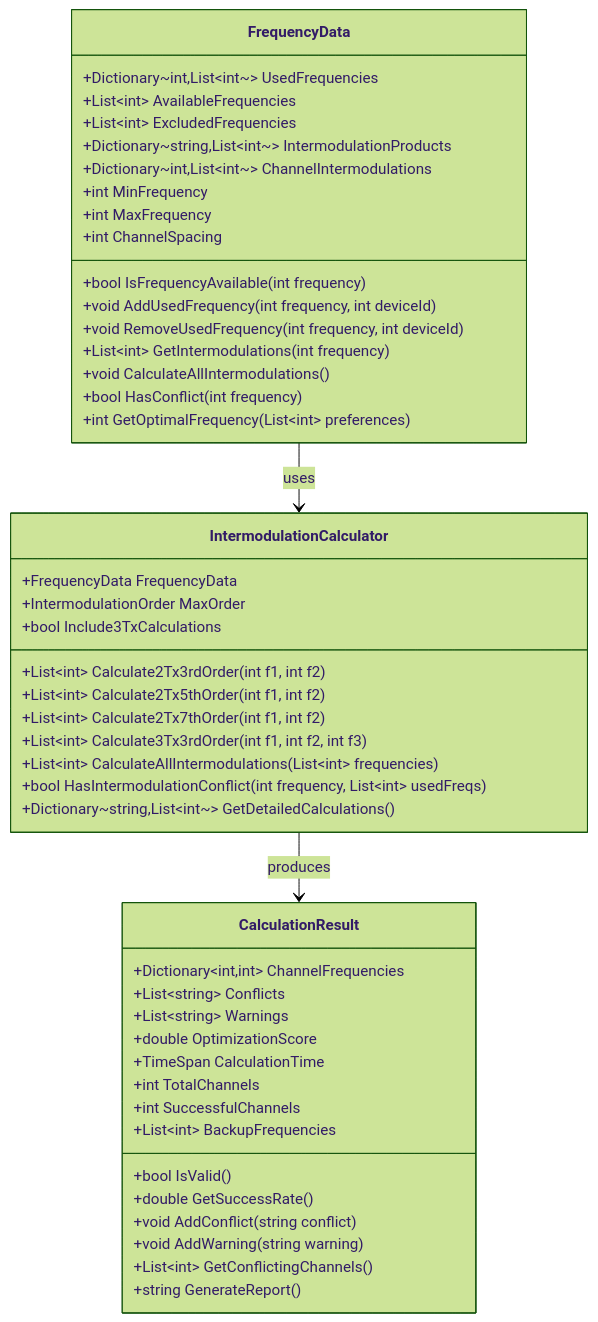
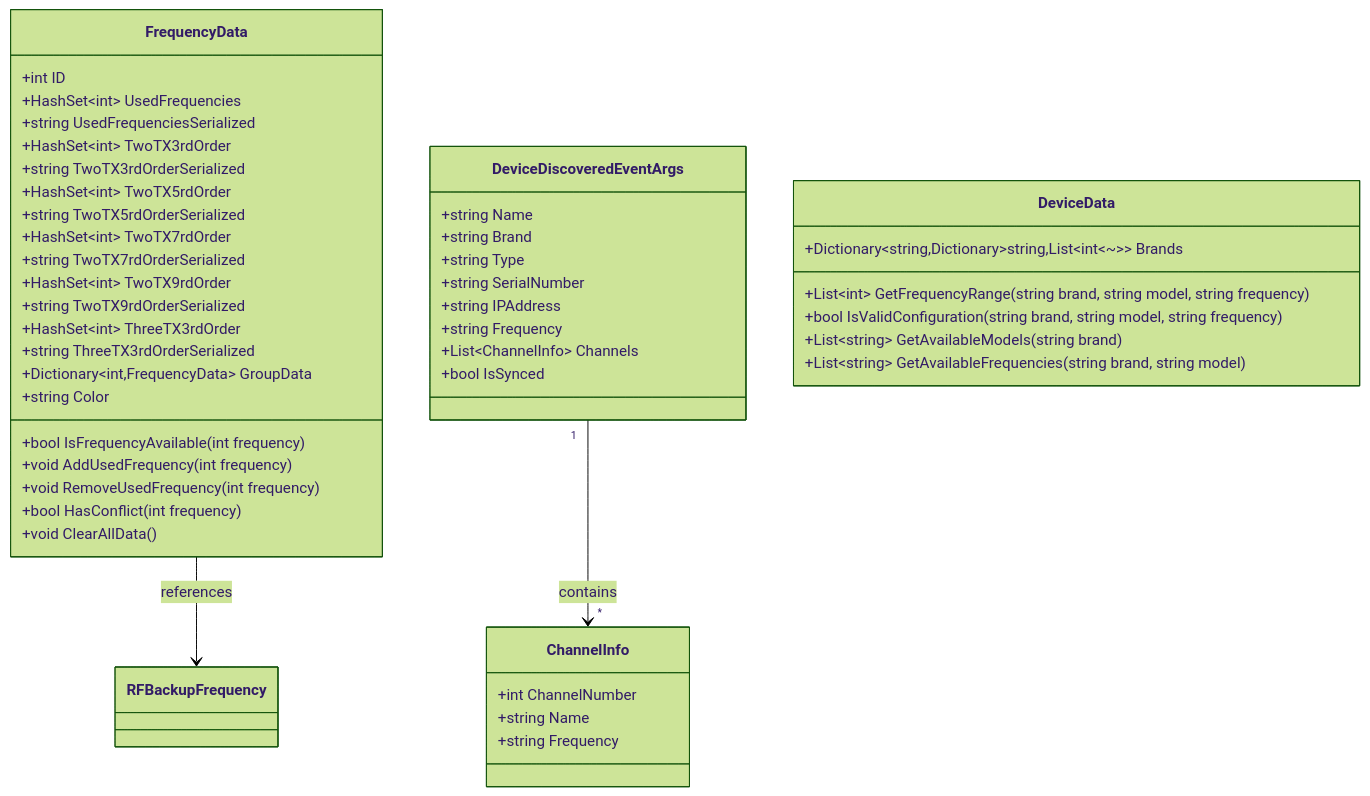
Before and after one commit to Beatwen/RF_Go: the fourth of 13 diagrams in docusaurus/docs/uml-analysis/class-diagrams.md, drawn with Mermaid (forest theme). The commit also changed other lines of this file and 123 other files, not shown here.

````diff
--- a/docusaurus/docs/uml-analysis/class-diagrams.md
+++ b/docusaurus/docs/uml-analysis/class-diagrams.md
@@ -139,56 +545,55 @@
 ```mermaid
 classDiagram
     class FrequencyData {
-        +Dictionary~int,List~int~~ UsedFrequencies
-        +List~int~ AvailableFrequencies
-        +List~int~ ExcludedFrequencies
-        +Dictionary~string,List~int~~ IntermodulationProducts
-        +Dictionary~int,List~int~~ ChannelIntermodulations
-        +int MinFrequency
-        +int MaxFrequency
-        +int ChannelSpacing
+        +int ID
+        +HashSet~int~ UsedFrequencies
+        +string UsedFrequenciesSerialized
+        +HashSet~int~ TwoTX3rdOrder
+        +string TwoTX3rdOrderSerialized
+        +HashSet~int~ TwoTX5rdOrder
+        +string TwoTX5rdOrderSerialized
+        +HashSet~int~ TwoTX7rdOrder
+        +string TwoTX7rdOrderSerialized
+        +HashSet~int~ TwoTX9rdOrder
+        +string TwoTX9rdOrderSerialized
+        +HashSet~int~ ThreeTX3rdOrder
+        +string ThreeTX3rdOrderSerialized
+        +Dictionary~int,FrequencyData~ GroupData
+        +string Color
         
         +bool IsFrequencyAvailable(int frequency)
-        +void AddUsedFrequency(int frequency, int deviceId)
-        +void RemoveUsedFrequency(int frequency, int deviceId)
-        +List~int~ GetIntermodulations(int frequency)
-        +void CalculateAllIntermodulations()
+        +void AddUsedFrequency(int frequency)
+        +void RemoveUsedFrequency(int frequency)
         +bool HasConflict(int frequency)
-        +int GetOptimalFrequency(List~int~ preferences)
+        +void ClearAllData()
     }
     
-    class CalculationResult {
-        +Dictionary~int,int~ ChannelFrequencies
-        +List~string~ Conflicts
-        +List~string~ Warnings
-        +double OptimizationScore
-        +TimeSpan CalculationTime
-        +int TotalChannels
-        +int SuccessfulChannels
-        +List~int~ BackupFrequencies
-        
-        +bool IsValid()
-        +double GetSuccessRate()
-        +void AddConflict(string conflict)
-        +void AddWarning(string warning)
-        +List~int~ GetConflictingChannels()
-        +string GenerateReport()
+    class DeviceDiscoveredEventArgs {
+        +string Name
+        +string Brand
+        +string Type
+        +string SerialNumber
+        +string IPAddress
+        +string Frequency
+        +List~ChannelInfo~ Channels
+        +bool IsSynced
     }
     
-    class IntermodulationCalculator {
-        +FrequencyData FrequencyData
-        +IntermodulationOrder MaxOrder
-        +bool Include3TxCalculations
-        
-        +List~int~ Calculate2Tx3rdOrder(int f1, int f2)
-        +List~int~ Calculate2Tx5thOrder(int f1, int f2)
-        +List~int~ Calculate2Tx7thOrder(int f1, int f2)
-        +List~int~ Calculate3Tx3rdOrder(int f1, int f2, int f3)
-        +List~int~ CalculateAllIntermodulations(List~int~ frequencies)
-        +bool HasIntermodulationConflict(int frequency, List~int~ usedFreqs)
-        +Dictionary~string,List~int~~ GetDetailedCalculations()
+    class ChannelInfo {
+        +int ChannelNumber
+        +string Name
+        +string Frequency
     }
     
-    FrequencyData --> IntermodulationCalculator : uses
-    IntermodulationCalculator --> CalculationResult : produces
+    class DeviceData {
+        +Dictionary~string,Dictionary~string,Dictionary~string,List~int~~~~ Brands
+        
+        +List~int~ GetFrequencyRange(string brand, string model, string frequency)
+        +bool IsValidConfiguration(string brand, string model, string frequency)
+        +List~string~ GetAvailableModels(string brand)
+        +List~string~ GetAvailableFrequencies(string brand, string model)
+    }
+    
+    DeviceDiscoveredEventArgs "1" --> "*" ChannelInfo : contains
+    FrequencyData --> RFBackupFrequency : references
 ```
````
